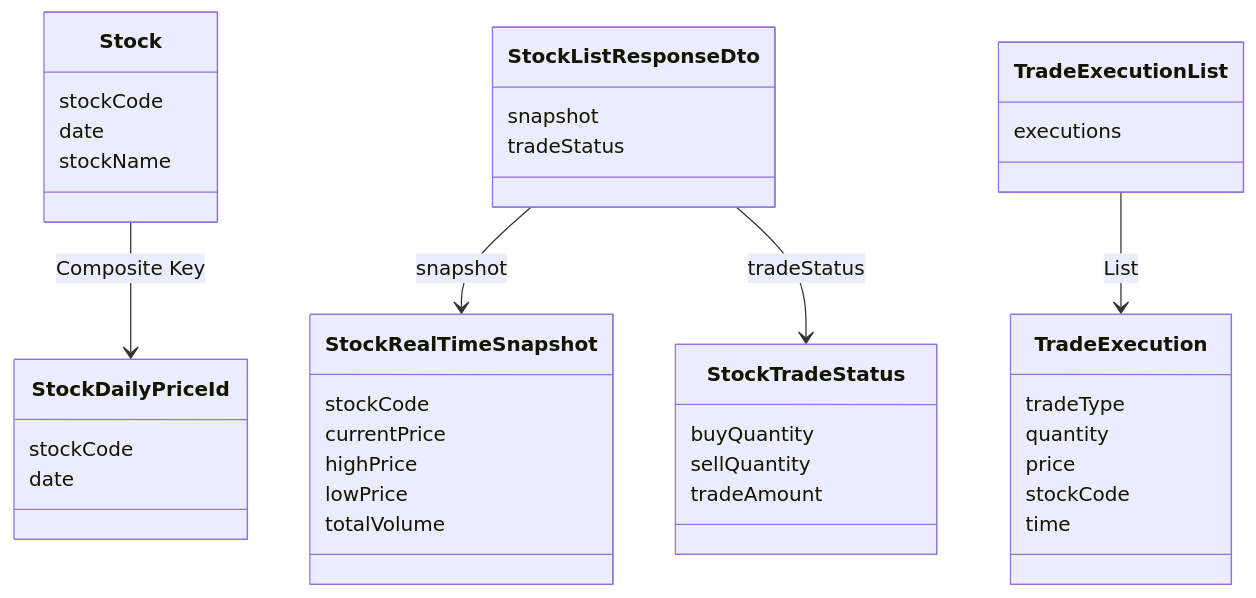
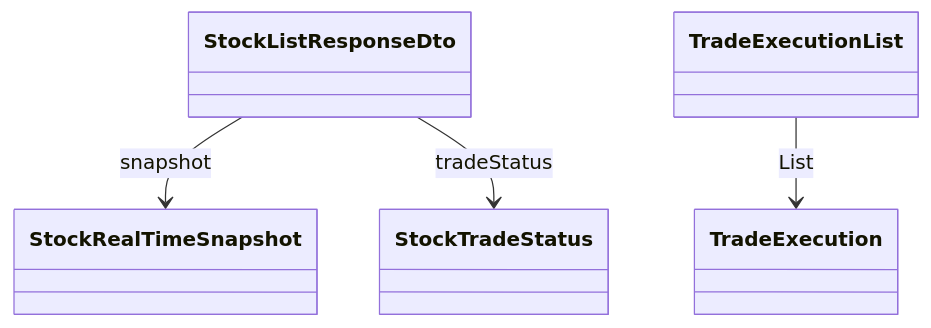
One commit to poi277/StockProject changed the sixth of 6 diagrams in StockBackEndDistributed/stock-service/docs/09-domain-model.md. Above: the diagram before and after it, drawn with Mermaid. The commit also changed other lines of this file and 49 other files, not shown here.

````diff
--- a/StockBackEndDistributed/stock-service/docs/09-domain-model.md
+++ b/StockBackEndDistributed/stock-service/docs/09-domain-model.md
@@ -154,49 +175,12 @@
 ```mermaid
 classDiagram
-  class Stock {
-    stockCode
-    date
-    stockName
-  }
+  class StockRealTimeSnapshot
+  class StockTradeStatus
+  class StockListResponseDto
+  class TradeExecution
+  class TradeExecutionList
 
-  class StockDailyPriceId {
-    stockCode
-    date
-  }
-
-  class StockRealTimeSnapshot {
-    stockCode
-    currentPrice
-    highPrice
-    lowPrice
-    totalVolume
-  }
-
-  class StockTradeStatus {
-    buyQuantity
-    sellQuantity
-    tradeAmount
-  }
-
-  class StockListResponseDto {
-    snapshot
-    tradeStatus
-  }
-
-  class TradeExecution {
-    tradeType
-    quantity
-    price
-    stockCode
-    time
-  }
-
-  class TradeExecutionList {
-    executions
-  }
-
-  Stock --> StockDailyPriceId : Composite Key
   StockListResponseDto --> StockRealTimeSnapshot : snapshot
   StockListResponseDto --> StockTradeStatus : tradeStatus
   TradeExecutionList --> TradeExecution : List
 ```
````
